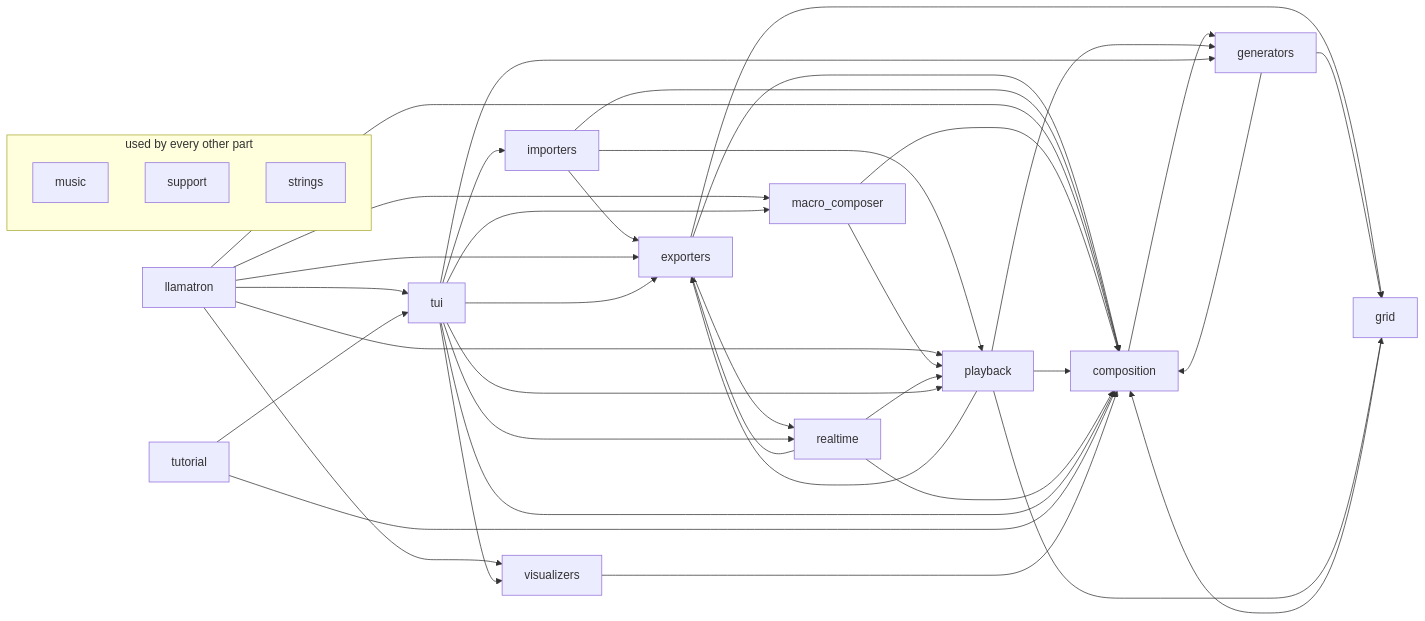
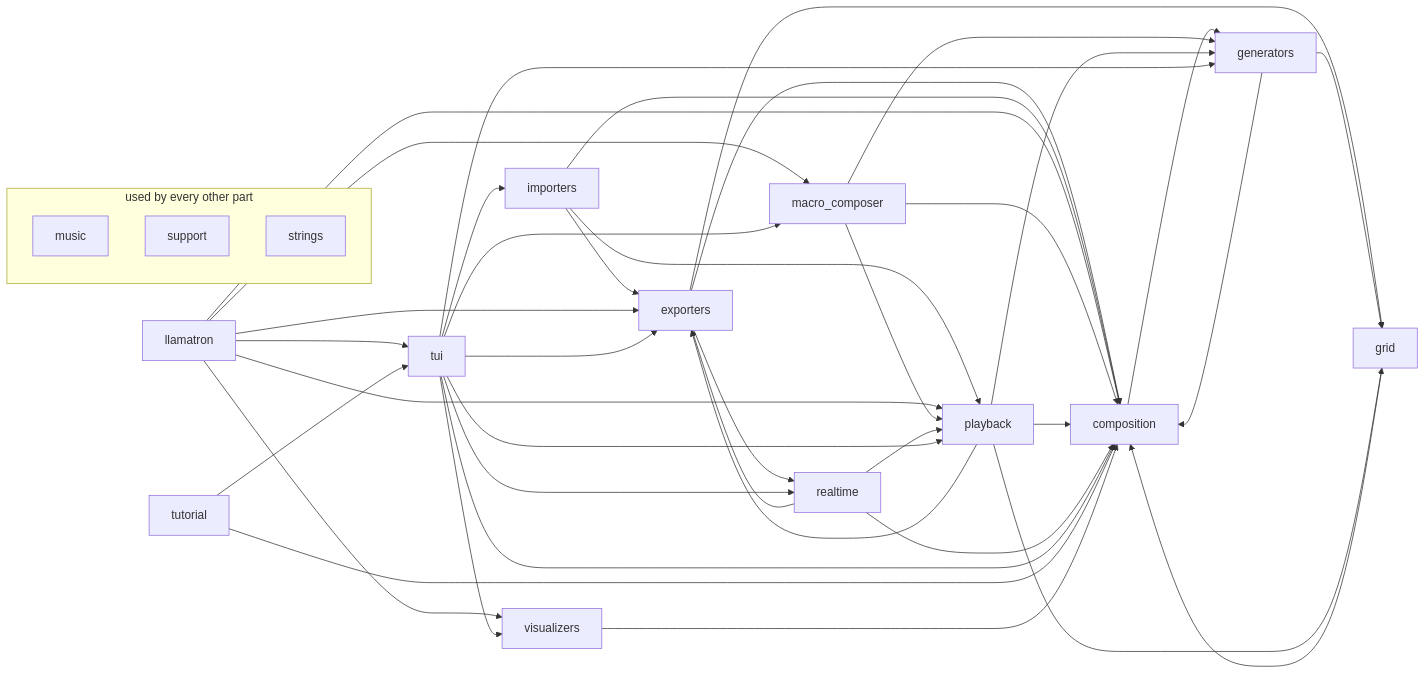
One commit to mpdehaan/llamatron changed the second of 2 diagrams in docs/ARCHITECTURE.md. Above: the diagram before and after it, drawn with Mermaid. The commit also changed 17 other files, not shown here.

````diff
--- a/docs/ARCHITECTURE.md
+++ b/docs/ARCHITECTURE.md
@@ -121,56 +121,57 @@
 ```mermaid
 flowchart LR
     tui["tui"]
     llamatron["llamatron"]
     composition["composition"]
     playback["playback"]
     generators["generators"]
     grid["grid"]
     exporters["exporters"]
     importers["importers"]
     macro_composer["macro_composer"]
     realtime["realtime"]
     tutorial["tutorial"]
     visualizers["visualizers"]
     subgraph everywhere ["used by every other part"]
     music["music"]
     support["support"]
     strings["strings"]
     end
     composition --> generators
     exporters --> composition
     exporters --> grid
     exporters --> realtime
     generators --> composition
     generators --> grid
     grid --> composition
     importers --> composition
     importers --> exporters
     importers --> playback
     llamatron --> composition
     llamatron --> exporters
     llamatron --> macro_composer
     llamatron --> playback
     llamatron --> tui
     llamatron --> visualizers
     macro_composer --> composition
+    macro_composer --> generators
     macro_composer --> playback
     playback --> composition
     playback --> exporters
     playback --> generators
     playback --> grid
     realtime --> composition
     realtime --> exporters
     realtime --> playback
     tui --> composition
     tui --> exporters
     tui --> generators
     tui --> importers
     tui --> macro_composer
     tui --> playback
     tui --> realtime
     tui --> visualizers
     tutorial --> composition
     tutorial --> tui
     visualizers --> composition
 ```
````
